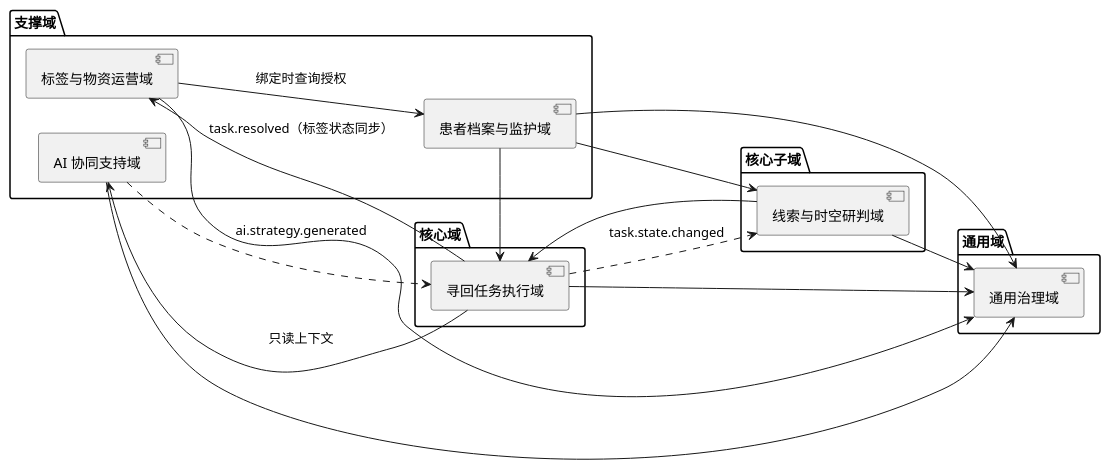
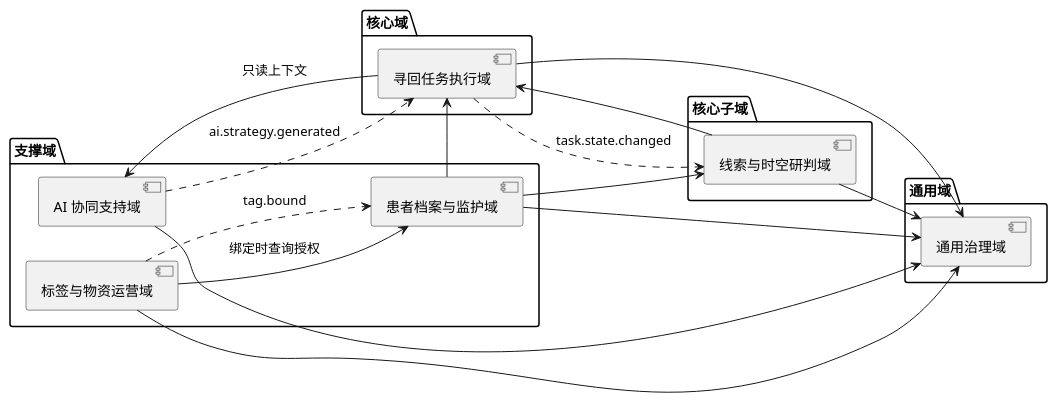
Before and after one commit to XiaoheRepo/document-for-Alzheimer-Guard-System: the second of 4 diagrams in SADD_from_SRS_simplify.md, drawn with PlantUML. The commit also changed 2 other files, not shown here.

Commit message:
更新文档，调整任务状态与标签状态的描述，确保术语一致性与准确性

````diff
--- a/SADD_from_SRS_simplify.md
+++ b/SADD_from_SRS_simplify.md
@@ -146,38 +146,38 @@
 ```plantuml
 @startuml
 left to right direction
 
 package 核心域 {
   [寻回任务执行域] as TASK
 }
 
 package 核心子域 {
   [线索与时空研判域] as CLUE
 }
 
 package 支撑域 {
   [患者档案与监护域] as PROFILE
   [标签与物资运营域] as MAT
   [AI 协同支持域] as AI
 }
 
 package 通用域 {
   [通用治理域] as GOV
 }
 
 PROFILE --> TASK
 PROFILE --> CLUE
 CLUE --> TASK
 TASK ..> CLUE : task.state.changed
 TASK --> AI : 只读上下文
 AI ..> TASK : ai.strategy.generated
 MAT --> PROFILE : 绑定时查询授权
-TASK --> MAT : task.resolved（标签状态同步）
+MAT ..> PROFILE : tag.bound
 
 AI --> GOV
 CLUE --> GOV
 TASK --> GOV
 MAT --> GOV
 PROFILE --> GOV
 @enduml
 ```
````
